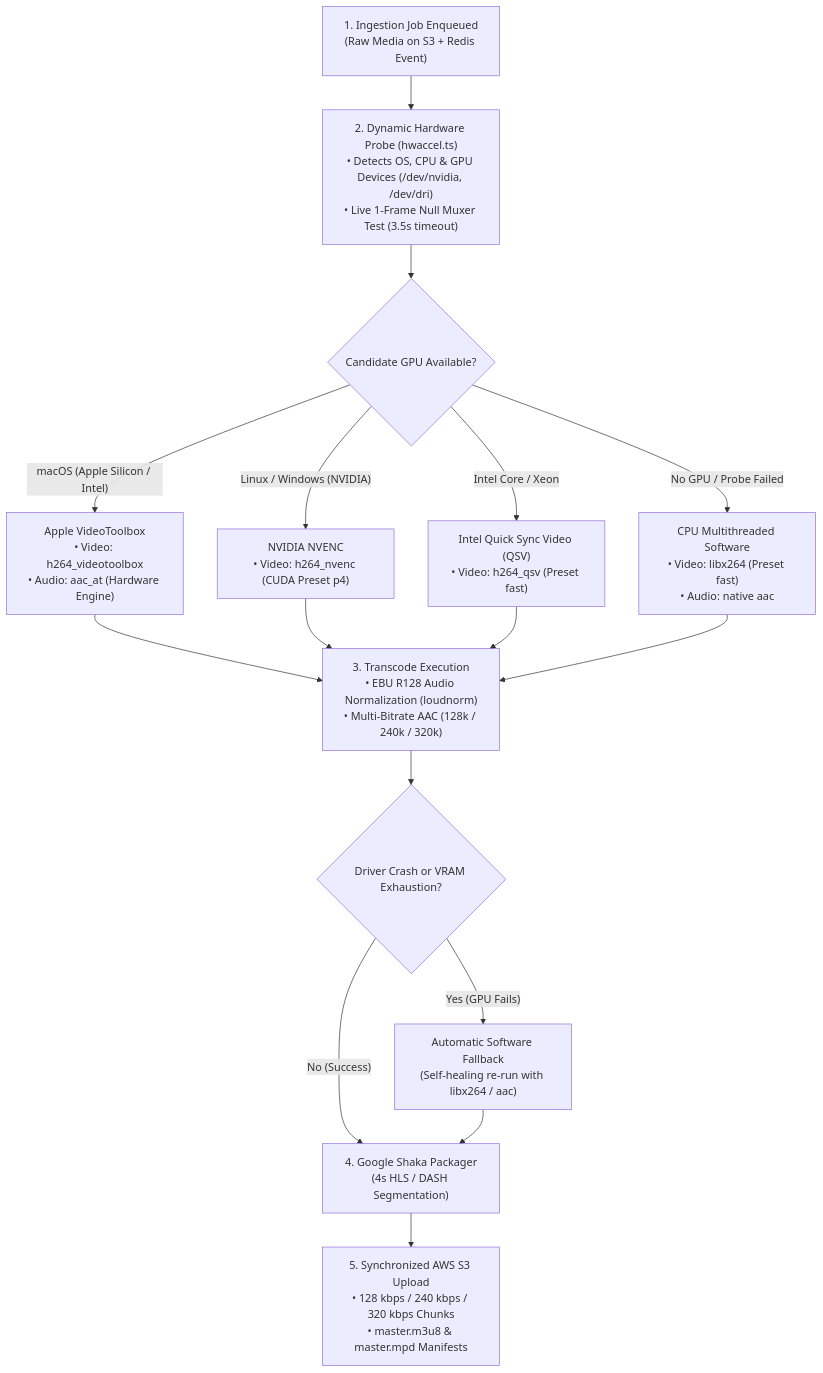
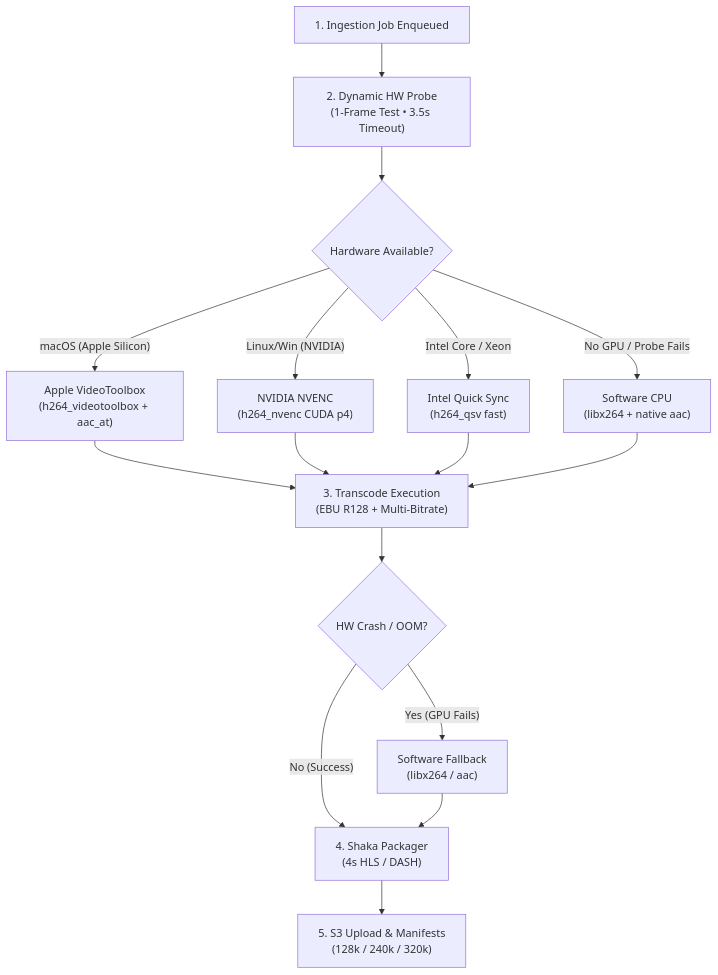
Before and after one commit to karankumar786786/AudioMelodySpringboot: the second of 5 diagrams in README.md, drawn with Mermaid. The commit also changed other lines of this file, not shown here.

Commit message:
docs: streamline hardware accelerator elements, add full end-to-end media pipeline diagram, and update platform title

````diff
--- a/README.md
+++ b/README.md
@@ -92,29 +92,27 @@
 ```mermaid
 flowchart TD
-    %% Input Job
-    Job["1. Ingestion Job Enqueued<br/>(Raw Media on S3 + Redis Event)"] --> Probe["2. Dynamic Hardware Probe (hwaccel.ts)<br/>• Detects OS, CPU & GPU Devices (/dev/nvidia, /dev/dri)<br/>• Live 1-Frame Null Muxer Test (3.5s timeout)"]
-
-    %% Probe Decision Tree
-    Probe --> AccelChoice{"Candidate GPU Available?"}
+    %% Compact Nodes
+    Job["1. Ingestion Job Enqueued"] --> Probe["2. Dynamic HW Probe<br/>(1-Frame Test &bull; 3.5s Timeout)"]
+    Probe --> AccelChoice{"Hardware Available?"}
 
     %% Hardware Options
-    AccelChoice -->|"macOS (Apple Silicon / Intel)"| VT["Apple VideoToolbox<br/>• Video: h264_videotoolbox<br/>• Audio: aac_at (Hardware Engine)"]
-    AccelChoice -->|"Linux / Windows (NVIDIA)"| NVENC["NVIDIA NVENC<br/>• Video: h264_nvenc (CUDA Preset p4)"]
-    AccelChoice -->|"Intel Core / Xeon"| QSV["Intel Quick Sync Video (QSV)<br/>• Video: h264_qsv (Preset fast)"]
-    AccelChoice -->|"No GPU / Probe Failed"| CPU["CPU Multithreaded Software<br/>• Video: libx264 (Preset fast)<br/>• Audio: native aac"]
+    AccelChoice -->|"macOS (Apple Silicon)"| VT["Apple VideoToolbox<br/>(h264_videotoolbox + aac_at)"]
+    AccelChoice -->|"Linux/Win (NVIDIA)"| NVENC["NVIDIA NVENC<br/>(h264_nvenc CUDA p4)"]
+    AccelChoice -->|"Intel Core / Xeon"| QSV["Intel Quick Sync<br/>(h264_qsv fast)"]
+    AccelChoice -->|"No GPU / Probe Fails"| CPU["Software CPU<br/>(libx264 + native aac)"]
 
     %% Transcode Execution
-    VT --> Exec["3. Transcode Execution<br/>• EBU R128 Audio Normalization (loudnorm)<br/>• Multi-Bitrate AAC (128k / 240k / 320k)"]
+    VT --> Exec["3. Transcode Execution<br/>(EBU R128 + Multi-Bitrate)"]
     NVENC --> Exec
     QSV --> Exec
     CPU --> Exec
 
     %% Self Healing Fallback
-    Exec --> FallbackCheck{"Driver Crash or VRAM Exhaustion?"}
-    FallbackCheck -->|"Yes (GPU Fails)"| CPUFallback["Automatic Software Fallback<br/>(Self-healing re-run with libx264 / aac)"]
-    FallbackCheck -->|"No (Success)"| Packager["4. Google Shaka Packager<br/>(4s HLS / DASH Segmentation)"]
+    Exec --> FallbackCheck{"HW Crash / OOM?"}
+    FallbackCheck -->|"Yes (GPU Fails)"| CPUFallback["Software Fallback<br/>(libx264 / aac)"]
+    FallbackCheck -->|"No (Success)"| Packager["4. Shaka Packager<br/>(4s HLS / DASH)"]
     CPUFallback --> Packager
 
     %% Packaging to S3
-    Packager --> S3Output["5. Synchronized AWS S3 Upload<br/>• 128 kbps / 240 kbps / 320 kbps Chunks<br/>• master.m3u8 & master.mpd Manifests"]
+    Packager --> S3Output["5. S3 Upload & Manifests<br/>(128k / 240k / 320k)"]
 ```
````
